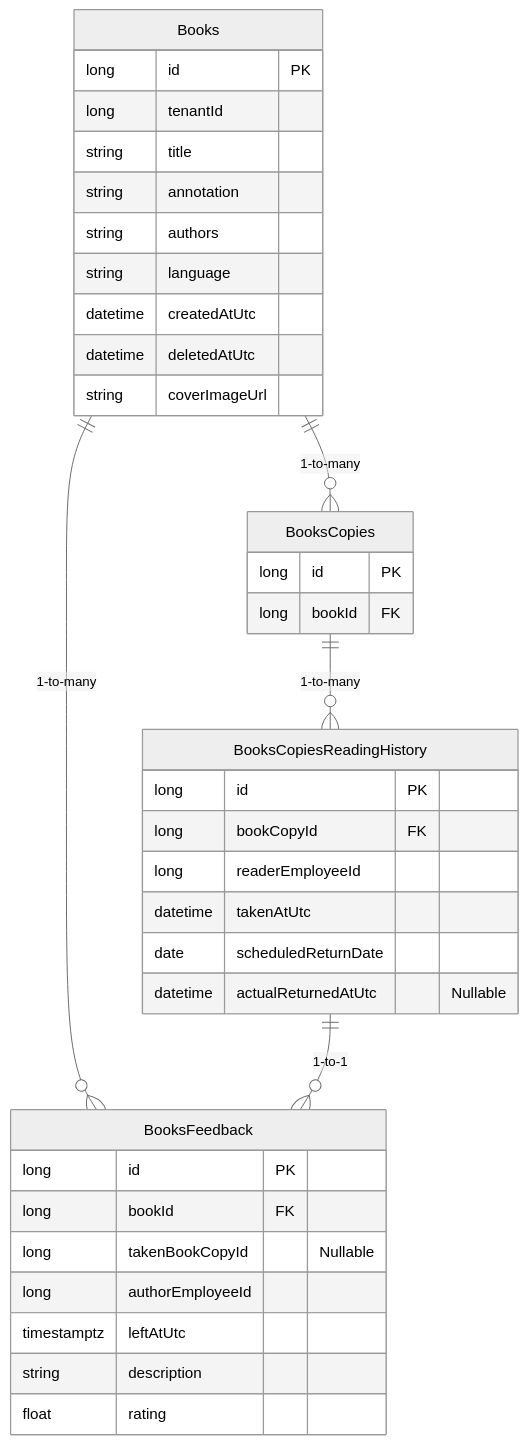
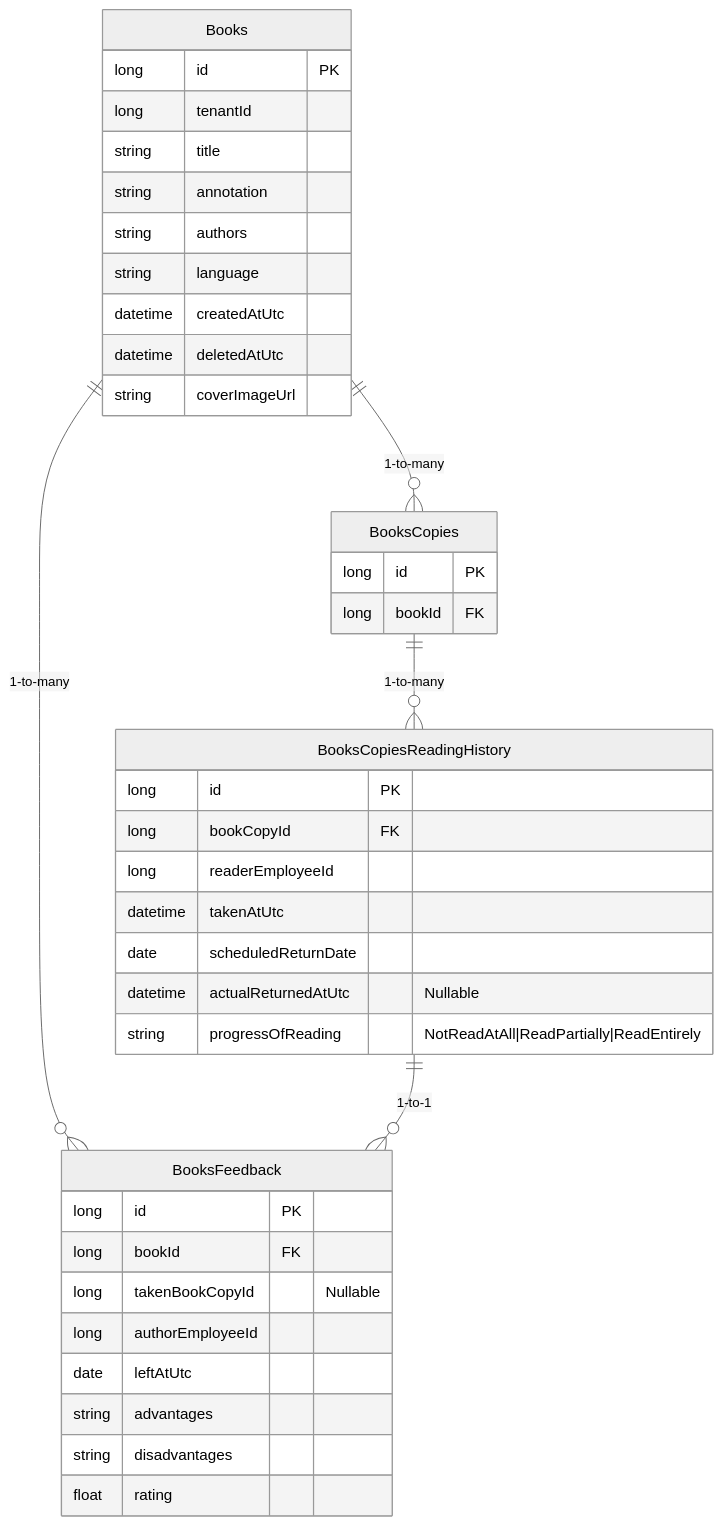
One commit to TourmalineCore/inner-circle-documentation changed the fourth of 5 diagrams in books-api/Book Copies ADR.md. Above: the diagram before and after it, drawn with Mermaid (neutral theme). The commit also changed other lines of this file, not shown here.

````diff
--- a/books-api/Book Copies ADR.md
+++ b/books-api/Book Copies ADR.md
@@ -119,39 +119,41 @@
 ```mermaid
 erDiagram
     Books ||--o{ BooksCopies : "1-to-many"
     Books ||--o{ BooksFeedback : "1-to-many"
     BooksCopies ||--o{ BooksCopiesReadingHistory : "1-to-many"
     BooksCopiesReadingHistory ||--o{ BooksFeedback : "1-to-1"
     Books {
         long id PK
         long tenantId
         string title
         string annotation
         string authors
         string language
         datetime createdAtUtc
         datetime deletedAtUtc
         string coverImageUrl
     }
     BooksCopies {
         long id PK
         long bookId FK
     }
     BooksCopiesReadingHistory {
         long id PK
         long bookCopyId FK
         long readerEmployeeId
         datetime takenAtUtc
         date sсheduledReturnDate
         datetime actualReturnedAtUtc "Nullable"
+        string progressOfReading "NotReadAtAll|ReadPartially|ReadEntirely"
     }
     BooksFeedback {
         long id PK
         long bookId FK
         long takenBookCopyId "Nullable"
         long authorEmployeeId
-        timestamptz leftAtUtc
-        string description
+        date leftAtUtc
+        string advantages
+        string disadvantages
         float rating
     }
 ```
````
